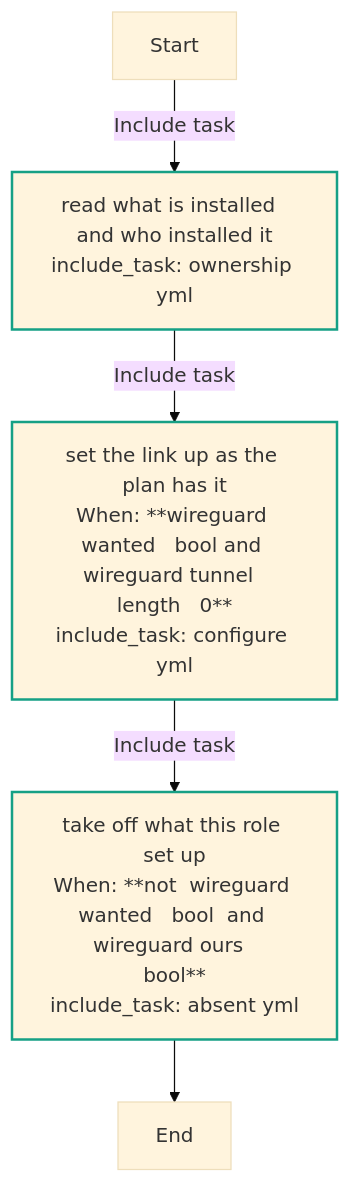
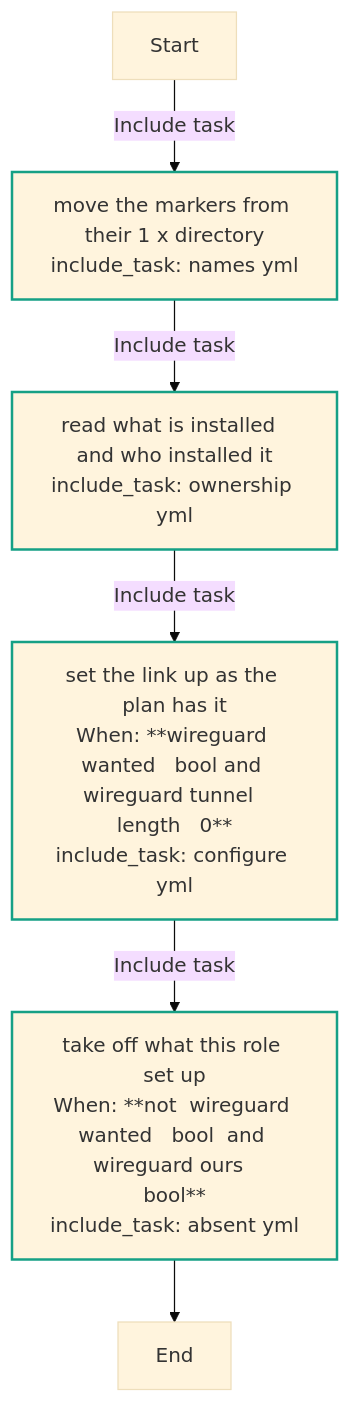
One commit to kawadeomkar/agent-warehouse changed the first of 8 diagrams in docs/reference/roles/wireguard.md. Above: the diagram before and after it, drawn with Mermaid (base theme). The commit also changed other lines of this file and 29 other files, not shown here.

````diff
--- a/docs/reference/roles/wireguard.md
+++ b/docs/reference/roles/wireguard.md
@@ -71,17 +74,18 @@
 ```mermaid
 flowchart TD
 Start
 classDef block stroke:#3498db,stroke-width:2px;
 classDef task stroke:#4b76bb,stroke-width:2px;
 classDef includeTasks stroke:#16a085,stroke-width:2px;
 classDef importTasks stroke:#34495e,stroke-width:2px;
 classDef includeRole stroke:#2980b9,stroke-width:2px;
 classDef importRole stroke:#699ba7,stroke-width:2px;
 classDef includeVars stroke:#8e44ad,stroke-width:2px;
 classDef rescue stroke:#665352,stroke-width:2px;
 
-  Start-->|Include task| Read_what_is_installed__and_who_installed_it_ownership_yml_0[read what is installed  and who installed it<br>include_task: ownership yml]:::includeTasks
-  Read_what_is_installed__and_who_installed_it_ownership_yml_0-->|Include task| Set_the_link_up_as_the_plan_has_it_configure_yml_1[set the link up as the plan has it<br>When: **wireguard wanted   bool and wireguard tunnel  <br>length   0**<br>include_task: configure yml]:::includeTasks
-  Set_the_link_up_as_the_plan_has_it_configure_yml_1-->|Include task| Take_off_what_this_role_set_up_absent_yml_2[take off what this role set up<br>When: **not  wireguard wanted   bool  and wireguard ours  <br>bool**<br>include_task: absent yml]:::includeTasks
-  Take_off_what_this_role_set_up_absent_yml_2-->End
+  Start-->|Include task| Move_the_markers_from_their_1_x_directory_names_yml_0[move the markers from their 1 x directory<br>include_task: names yml]:::includeTasks
+  Move_the_markers_from_their_1_x_directory_names_yml_0-->|Include task| Read_what_is_installed__and_who_installed_it_ownership_yml_1[read what is installed  and who installed it<br>include_task: ownership yml]:::includeTasks
+  Read_what_is_installed__and_who_installed_it_ownership_yml_1-->|Include task| Set_the_link_up_as_the_plan_has_it_configure_yml_2[set the link up as the plan has it<br>When: **wireguard wanted   bool and wireguard tunnel  <br>length   0**<br>include_task: configure yml]:::includeTasks
+  Set_the_link_up_as_the_plan_has_it_configure_yml_2-->|Include task| Take_off_what_this_role_set_up_absent_yml_3[take off what this role set up<br>When: **not  wireguard wanted   bool  and wireguard ours  <br>bool**<br>include_task: absent yml]:::includeTasks
+  Take_off_what_this_role_set_up_absent_yml_3-->End
 ```
````
